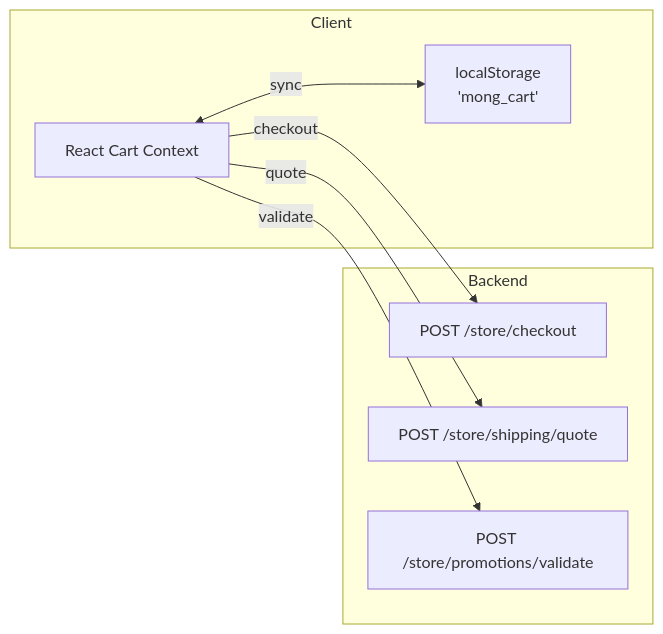
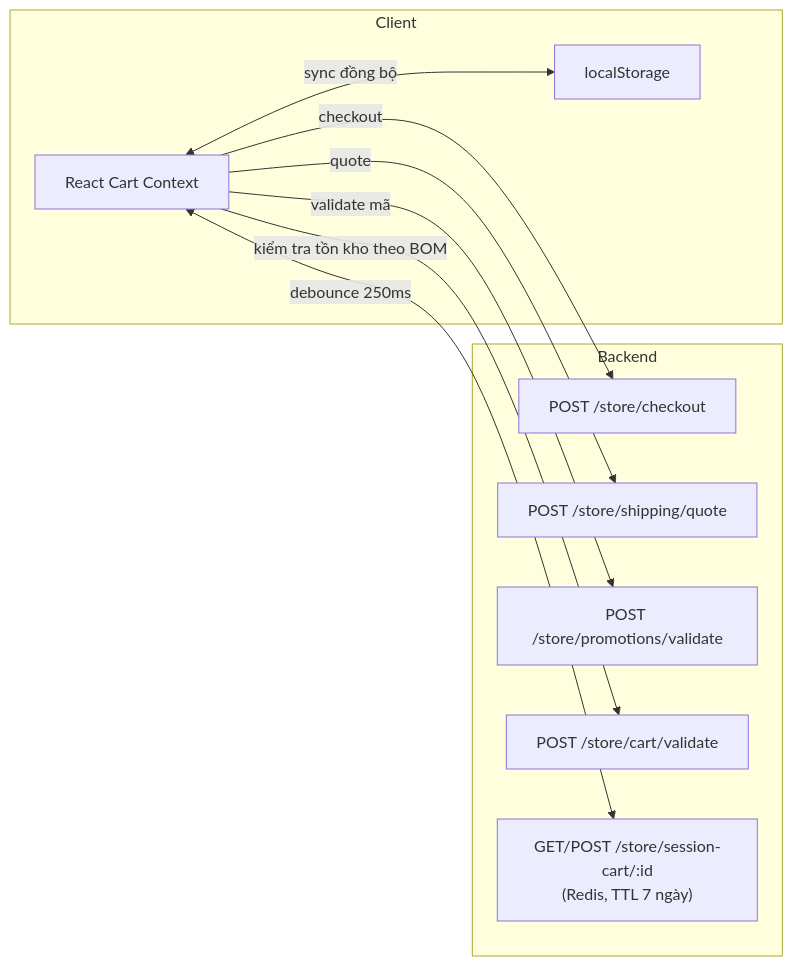
One commit to pathust/mong.fruitboxz changed the first of 2 diagrams in docs/03-cart-checkout/README.md. Above: the diagram before and after it, drawn with Mermaid. The commit also changed other lines of this file and 1 other file, not shown here.

````diff
--- a/docs/03-cart-checkout/README.md
+++ b/docs/03-cart-checkout/README.md
@@ -9,17 +9,21 @@
 ```mermaid
 graph LR
     subgraph Client
-        LS["localStorage\n'mong_cart'"]
+        LS["localStorage"]
         RCT["React Cart Context"]
     end
     subgraph Backend
         API["POST /store/checkout"]
         SHIP["POST /store/shipping/quote"]
         PROMO["POST /store/promotions/validate"]
+        VAL["POST /store/cart/validate"]
+        SESS["GET/POST /store/session-cart/:id\n(Redis, TTL 7 ngày)"]
     end
 
-    RCT <-->|sync| LS
+    RCT <-->|sync đồng bộ| LS
+    RCT <-->|debounce 250ms| SESS
     RCT -->|checkout| API
     RCT -->|quote| SHIP
-    RCT -->|validate| PROMO
+    RCT -->|validate mã| PROMO
+    RCT -->|kiểm tra tồn kho theo BOM| VAL
 ```
````
